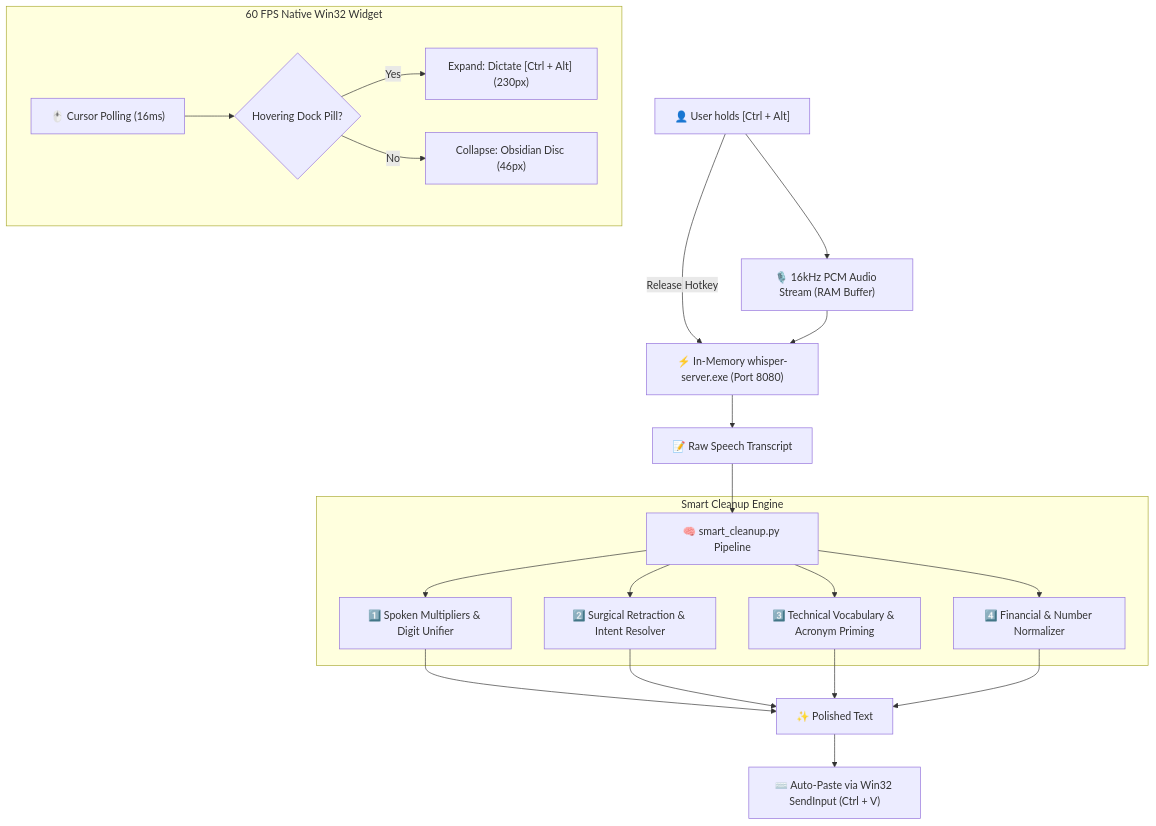
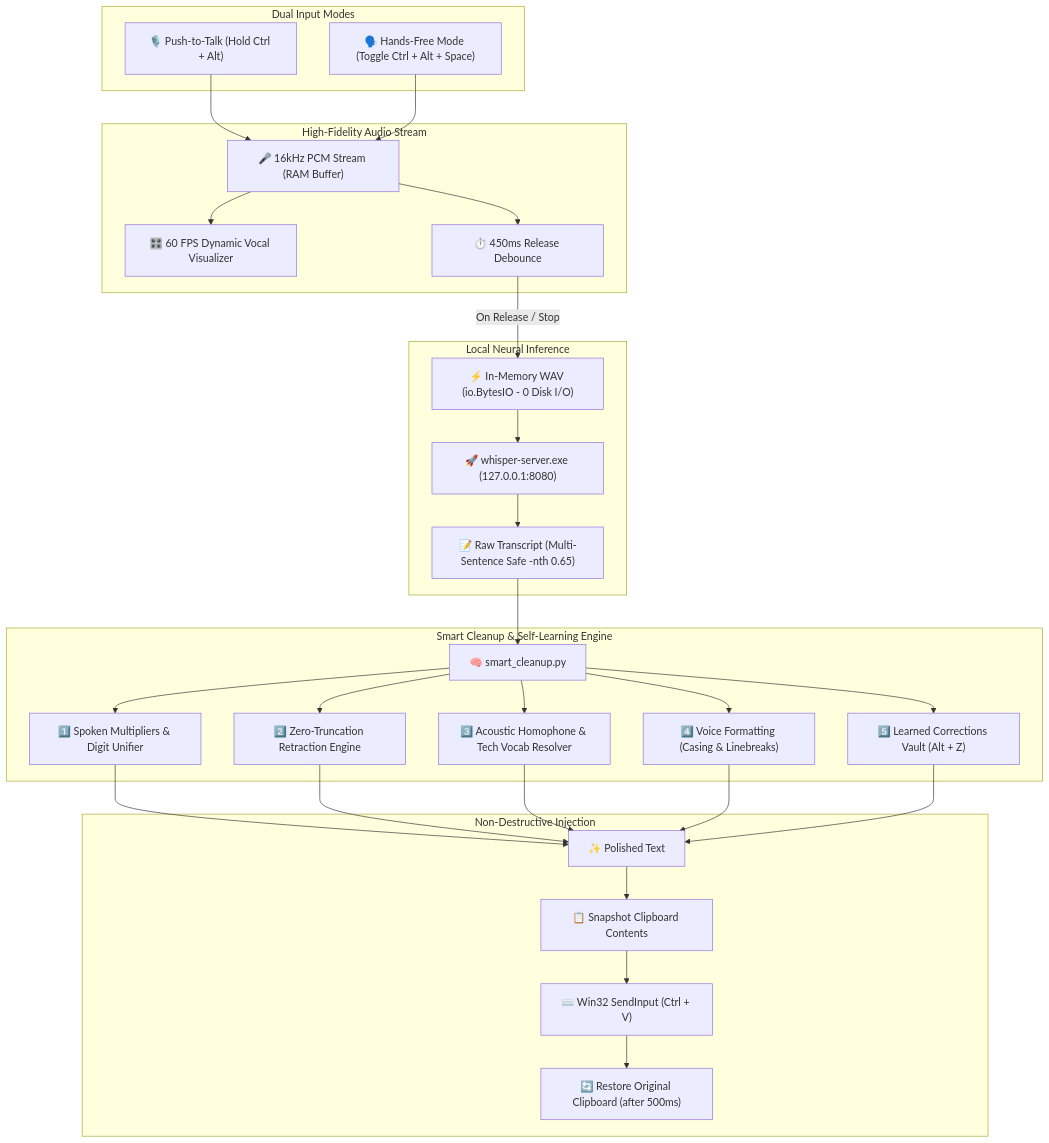
The diagram in README.md (Sabarixx/HushFlow), drawn with Mermaid before and after one commit. The commit also changed other lines of this file and 9 other files, not shown here.

Commit message:
feat: zero-truncation engine, hands-free mode, audio-reactive HUD, and self-learning vault

````diff
--- a/README.md
+++ b/README.md
@@ -96,24 +100,38 @@
 ```mermaid
 flowchart TD
-    User["👤 User holds [Ctrl + Alt]"] --> Mic["🎙️ 16kHz PCM Audio Stream (RAM Buffer)"]
-    User -->|Release Hotkey| Transcribe["⚡ In-Memory whisper-server.exe (Port 8080)"]
-    Mic --> Transcribe
-    Transcribe --> Raw["📝 Raw Speech Transcript"]
-    Raw --> Smart["🧠 smart_cleanup.py Pipeline"]
-    
-    subgraph Pipeline ["Smart Cleanup Engine"]
-        Smart --> N1["1️⃣ Spoken Multipliers & Digit Unifier"]
-        Smart --> N2["2️⃣ Surgical Retraction & Intent Resolver"]
-        Smart --> N3["3️⃣ Technical Vocabulary & Acronym Priming"]
-        Smart --> N4["4️⃣ Financial & Number Normalizer"]
+    subgraph Input ["Dual Input Modes"]
+        PTT["🎙️ Push-to-Talk (Hold Ctrl + Alt)"]
+        HF["🗣️ Hands-Free Mode (Toggle Ctrl + Alt + Space)"]
     end
-    
-    N1 & N2 & N3 & N4 --> Cleaned["✨ Polished Text"]
-    Cleaned --> Inject["⌨️ Auto-Paste via Win32 SendInput (Ctrl + V)"]
 
-    subgraph HUD ["60 FPS Native Win32 Widget"]
-        Cursor["🖱️ Cursor Polling (16ms)"] --> Hover{"Hovering Dock Pill?"}
-        Hover -->|Yes| Expand["Expand: Dictate [Ctrl + Alt] (230px)"]
-        Hover -->|No| Collapse["Collapse: Obsidian Disc (46px)"]
+    subgraph AudioCapture ["High-Fidelity Audio Stream"]
+        Mic["🎤 16kHz PCM Stream (RAM Buffer)"]
+        EQ["🎛️ 60 FPS Dynamic Vocal Visualizer"]
+        Debounce["⏱️ 450ms Release Debounce"]
+        PTT & HF --> Mic
+        Mic --> EQ
+        Mic --> Debounce
+    end
+
+    subgraph Inference ["Local Neural Inference"]
+        Debounce -->|On Release / Stop| RAMBuffer["⚡ In-Memory WAV (io.BytesIO - 0 Disk I/O)"]
+        RAMBuffer --> Server["🚀 whisper-server.exe (127.0.0.1:8080)"]
+        Server --> Raw["📝 Raw Transcript (Multi-Sentence Safe -nth 0.65)"]
+    end
+
+    subgraph Pipeline ["Smart Cleanup & Self-Learning Engine"]
+        Raw --> Smart["🧠 smart_cleanup.py"]
+        Smart --> C1["1️⃣ Spoken Multipliers & Digit Unifier"]
+        Smart --> C2["2️⃣ Zero-Truncation Retraction Engine"]
+        Smart --> C3["3️⃣ Acoustic Homophone & Tech Vocab Resolver"]
+        Smart --> C4["4️⃣ Voice Formatting (Casing & Linebreaks)"]
+        Smart --> C5["5️⃣ Learned Corrections Vault (Alt + Z)"]
+    end
+
+    subgraph Output ["Non-Destructive Injection"]
+        C1 & C2 & C3 & C4 & C5 --> Cleaned["✨ Polished Text"]
+        Cleaned --> Snap["📋 Snapshot Clipboard Contents"]
+        Snap --> Paste["⌨️ Win32 SendInput (Ctrl + V)"]
+        Paste --> Restore["🔄 Restore Original Clipboard (after 500ms)"]
     end
 ```
````
